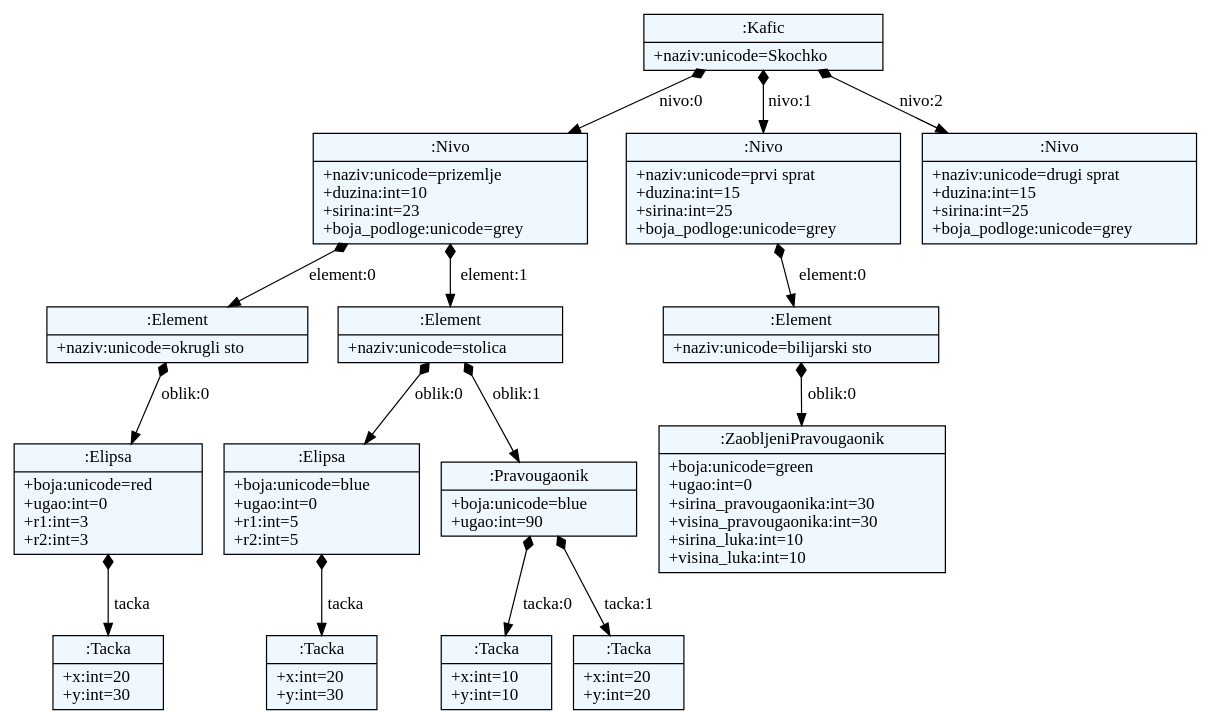
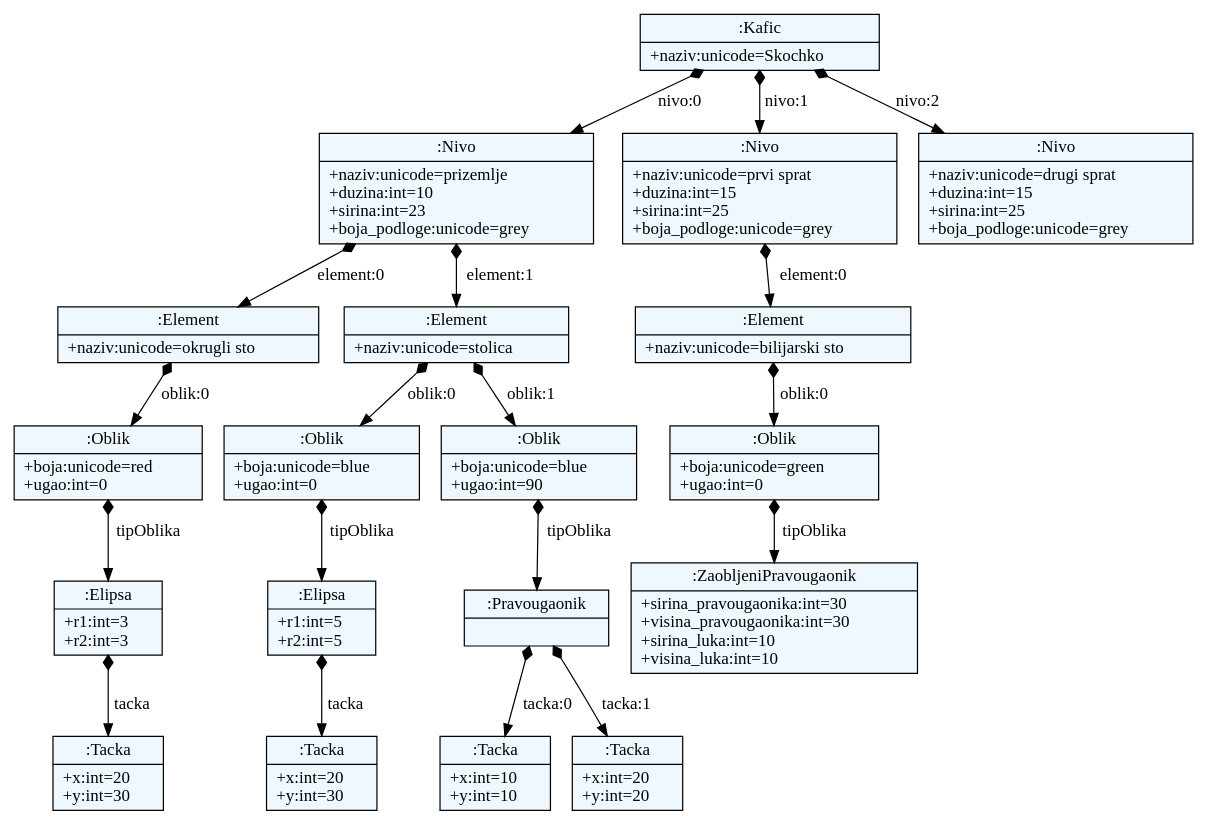
The diagram in JSDProject/language/model.dot (0xMilica/JSDGenerator), drawn with Graphviz before and after one commit. The commit also changed 5 other files, not shown here.

Commit message:
Prebaceni atributi boja i ugao u Oblik, i dodat TipOblika koji moze biti neki konkretan tip oblika.

```diff
--- a/JSDProject/language/model.dot
+++ b/JSDProject/language/model.dot
@@ -1,43 +1,51 @@
 
     digraph xtext {
     fontname = "Bitstream Vera Sans"
     fontsize = 8
     node[
         shape=record,
         style=filled,
         fillcolor=aliceblue
     ]
     edge[dir=black,arrowtail=empty]
 
 
-49347600 -> 49347760 [label="nivo:0" arrowtail=diamond dir=both]
-49347760 -> 49347952 [label="element:0" arrowtail=diamond dir=both]
-49347952 -> 49348080 [label="oblik:0" arrowtail=diamond dir=both]
-49348080 -> 49348272 [label="tacka" arrowtail=diamond dir=both]
-49348272[label="{:Tacka|+x:int=20\l+y:int=30\l}"]
-49348080[label="{:Elipsa|+boja:unicode=red\l+ugao:int=0\l+r1:int=3\l+r2:int=3\l}"]
-49347952[label="{:Element|+naziv:unicode=okrugli sto\l}"]
-49347760 -> 49348048 [label="element:1" arrowtail=diamond dir=both]
-49348048 -> 49348368 [label="oblik:0" arrowtail=diamond dir=both]
-49348368 -> 49348432 [label="tacka" arrowtail=diamond dir=both]
-49348432[label="{:Tacka|+x:int=20\l+y:int=30\l}"]
-49348368[label="{:Elipsa|+boja:unicode=blue\l+ugao:int=0\l+r1:int=5\l+r2:int=5\l}"]
-49348048 -> 49348400 [label="oblik:1" arrowtail=diamond dir=both]
-49348400 -> 49348592 [label="tacka:0" arrowtail=diamond dir=both]
-49348592[label="{:Tacka|+x:int=10\l+y:int=10\l}"]
-49348400 -> 49541200 [label="tacka:1" arrowtail=diamond dir=both]
-49541200[label="{:Tacka|+x:int=20\l+y:int=20\l}"]
-49348400[label="{:Pravougaonik|+boja:unicode=blue\l+ugao:int=90\l}"]
-49348048[label="{:Element|+naziv:unicode=stolica\l}"]
-49347760[label="{:Nivo|+naziv:unicode=prizemlje\l+duzina:int=10\l+sirina:int=23\l+boja_podloge:unicode=grey\l}"]
-49347600 -> 49347920 [label="nivo:1" arrowtail=diamond dir=both]
-49347920 -> 49348464 [label="element:0" arrowtail=diamond dir=both]
-49348464 -> 49541296 [label="oblik:0" arrowtail=diamond dir=both]
-49541296[label="{:ZaobljeniPravougaonik|+boja:unicode=green\l+ugao:int=0\l+sirina_pravougaonika:int=30\l+visina_pravougaonika:int=30\l+sirina_luka:int=10\l+visina_luka:int=10\l}"]
-49348464[label="{:Element|+naziv:unicode=bilijarski sto\l}"]
-49347920[label="{:Nivo|+naziv:unicode=prvi sprat\l+duzina:int=15\l+sirina:int=25\l+boja_podloge:unicode=grey\l}"]
-49347600 -> 49348304 [label="nivo:2" arrowtail=diamond dir=both]
-49348304[label="{:Nivo|+naziv:unicode=drugi sprat\l+duzina:int=15\l+sirina:int=25\l+boja_podloge:unicode=grey\l}"]
-49347600[label="{:Kafic|+naziv:unicode=Skochko\l}"]
+52854568 -> 51975560 [label="nivo:0" arrowtail=diamond dir=both]
+51975560 -> 52049736 [label="element:0" arrowtail=diamond dir=both]
+52049736 -> 52048504 [label="oblik:0" arrowtail=diamond dir=both]
+52048504 -> 51997776 [label="tipOblika" arrowtail=diamond dir=both]
+51997776 -> 51995872 [label="tacka" arrowtail=diamond dir=both]
+51995872[label="{:Tacka|+x:int=20\l+y:int=30\l}"]
+51997776[label="{:Elipsa|+r1:int=3\l+r2:int=3\l}"]
+52048504[label="{:Oblik|+boja:unicode=red\l+ugao:int=0\l}"]
+52049736[label="{:Element|+naziv:unicode=okrugli sto\l}"]
+51975560 -> 52048896 [label="element:1" arrowtail=diamond dir=both]
+52048896 -> 51996040 [label="oblik:0" arrowtail=diamond dir=both]
+51996040 -> 51867944 [label="tipOblika" arrowtail=diamond dir=both]
+51867944 -> 51868952 [label="tacka" arrowtail=diamond dir=both]
+51868952[label="{:Tacka|+x:int=20\l+y:int=30\l}"]
+51867944[label="{:Elipsa|+r1:int=5\l+r2:int=5\l}"]
+51996040[label="{:Oblik|+boja:unicode=blue\l+ugao:int=0\l}"]
+52048896 -> 51868112 [label="oblik:1" arrowtail=diamond dir=both]
+51868112 -> 52038232 [label="tipOblika" arrowtail=diamond dir=both]
+52038232 -> 52039184 [label="tacka:0" arrowtail=diamond dir=both]
+52039184[label="{:Tacka|+x:int=10\l+y:int=10\l}"]
+52038232 -> 52038400 [label="tacka:1" arrowtail=diamond dir=both]
+52038400[label="{:Tacka|+x:int=20\l+y:int=20\l}"]
+52038232[label="{:Pravougaonik|}"]
+51868112[label="{:Oblik|+boja:unicode=blue\l+ugao:int=90\l}"]
+52048896[label="{:Element|+naziv:unicode=stolica\l}"]
+51975560[label="{:Nivo|+naziv:unicode=prizemlje\l+duzina:int=10\l+sirina:int=23\l+boja_podloge:unicode=grey\l}"]
+52854568 -> 51976568 [label="nivo:1" arrowtail=diamond dir=both]
+51976568 -> 52048840 [label="element:0" arrowtail=diamond dir=both]
+52048840 -> 52037000 [label="oblik:0" arrowtail=diamond dir=both]
+52037000 -> 52084240 [label="tipOblika" arrowtail=diamond dir=both]
+52084240[label="{:ZaobljeniPravougaonik|+sirina_pravougaonika:int=30\l+visina_pravougaonika:int=30\l+sirina_luka:int=10\l+visina_luka:int=10\l}"]
+52037000[label="{:Oblik|+boja:unicode=green\l+ugao:int=0\l}"]
+52048840[label="{:Element|+naziv:unicode=bilijarski sto\l}"]
+51976568[label="{:Nivo|+naziv:unicode=prvi sprat\l+duzina:int=15\l+sirina:int=25\l+boja_podloge:unicode=grey\l}"]
+52854568 -> 52049904 [label="nivo:2" arrowtail=diamond dir=both]
+52049904[label="{:Nivo|+naziv:unicode=drugi sprat\l+duzina:int=15\l+sirina:int=25\l+boja_podloge:unicode=grey\l}"]
+52854568[label="{:Kafic|+naziv:unicode=Skochko\l}"]
 
 }
```
